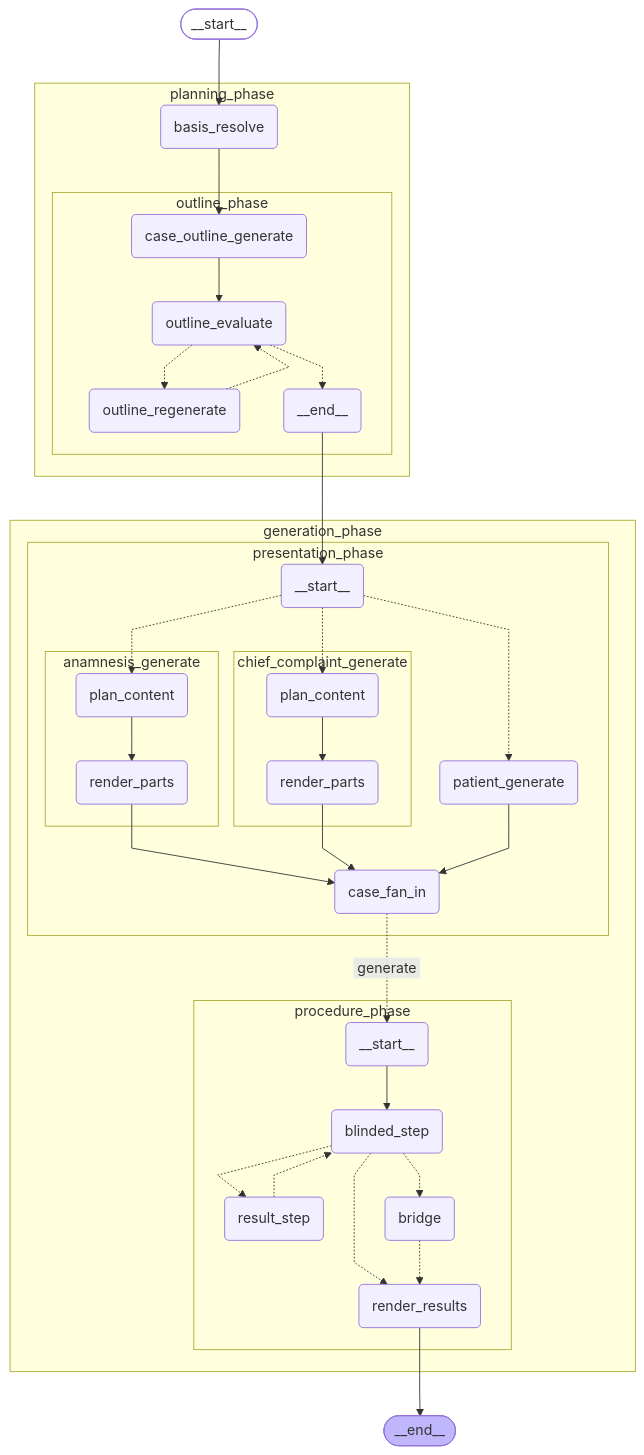
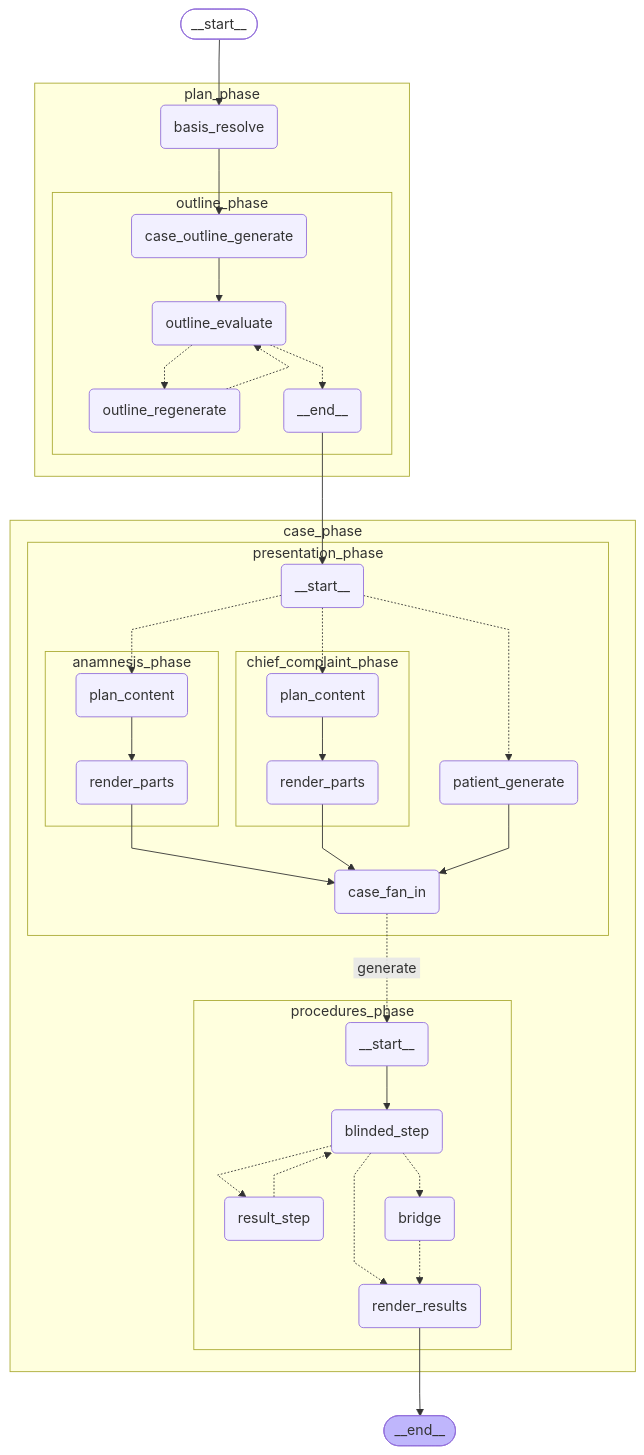
One commit to janthoXO/AetioMed changed the diagram in docs/graphs/normal-mode.none.mmd. Above: the diagram before and after it, drawn with Mermaid. The commit also changed 34 other files, not shown here.

```diff
--- a/docs/graphs/normal-mode.none.mmd
+++ b/docs/graphs/normal-mode.none.mmd
@@ -1,61 +1,61 @@
 %%{init: {'flowchart': {'curve': 'linear'}}}%%
 graph TD;
 	__start__([<p>__start__</p>]):::first
-	planning_phase_basis_resolve(basis_resolve)
-	planning_phase_outline_phase_case_outline_generate(case_outline_generate)
-	planning_phase_outline_phase_outline_evaluate(outline_evaluate)
-	planning_phase_outline_phase_outline_regenerate(outline_regenerate)
-	planning_phase_outline_phase___end__(<p>__end__</p>)
-	generation_phase_presentation_phase___start__(<p>__start__</p>)
-	generation_phase_presentation_phase_patient_generate(patient_generate)
-	generation_phase_presentation_phase_chief_complaint_generate_plan_content(plan_content)
-	generation_phase_presentation_phase_chief_complaint_generate_render_parts(render_parts)
-	generation_phase_presentation_phase_anamnesis_generate_plan_content(plan_content)
-	generation_phase_presentation_phase_anamnesis_generate_render_parts(render_parts)
-	generation_phase_presentation_phase_case_fan_in(case_fan_in)
-	generation_phase_procedure_phase___start__(<p>__start__</p>)
-	generation_phase_procedure_phase_blinded_step(blinded_step)
-	generation_phase_procedure_phase_result_step(result_step)
-	generation_phase_procedure_phase_bridge(bridge)
-	generation_phase_procedure_phase_render_results(render_results)
+	plan_phase_basis_resolve(basis_resolve)
+	plan_phase_outline_phase_case_outline_generate(case_outline_generate)
+	plan_phase_outline_phase_outline_evaluate(outline_evaluate)
+	plan_phase_outline_phase_outline_regenerate(outline_regenerate)
+	plan_phase_outline_phase___end__(<p>__end__</p>)
+	case_phase_presentation_phase___start__(<p>__start__</p>)
+	case_phase_presentation_phase_patient_generate(patient_generate)
+	case_phase_presentation_phase_chief_complaint_phase_plan_content(plan_content)
+	case_phase_presentation_phase_chief_complaint_phase_render_parts(render_parts)
+	case_phase_presentation_phase_anamnesis_phase_plan_content(plan_content)
+	case_phase_presentation_phase_anamnesis_phase_render_parts(render_parts)
+	case_phase_presentation_phase_case_fan_in(case_fan_in)
+	case_phase_procedures_phase___start__(<p>__start__</p>)
+	case_phase_procedures_phase_blinded_step(blinded_step)
+	case_phase_procedures_phase_result_step(result_step)
+	case_phase_procedures_phase_bridge(bridge)
+	case_phase_procedures_phase_render_results(render_results)
 	__end__([<p>__end__</p>]):::last
-	__start__ --> planning_phase_basis_resolve;
-	generation_phase_procedure_phase_render_results --> __end__;
-	planning_phase_outline_phase___end__ --> generation_phase_presentation_phase___start__;
-	subgraph planning_phase
+	__start__ --> plan_phase_basis_resolve;
+	case_phase_procedures_phase_render_results --> __end__;
+	plan_phase_outline_phase___end__ --> case_phase_presentation_phase___start__;
+	subgraph plan_phase
 	subgraph outline_phase
-	planning_phase_outline_phase_case_outline_generate --> planning_phase_outline_phase_outline_evaluate;
-	planning_phase_outline_phase_outline_evaluate -.-> planning_phase_outline_phase_outline_regenerate;
-	planning_phase_outline_phase_outline_evaluate -.-> planning_phase_outline_phase___end__;
-	planning_phase_outline_phase_outline_regenerate -.-> planning_phase_outline_phase_outline_evaluate;
+	plan_phase_outline_phase_case_outline_generate --> plan_phase_outline_phase_outline_evaluate;
+	plan_phase_outline_phase_outline_evaluate -.-> plan_phase_outline_phase_outline_regenerate;
+	plan_phase_outline_phase_outline_evaluate -.-> plan_phase_outline_phase___end__;
+	plan_phase_outline_phase_outline_regenerate -.-> plan_phase_outline_phase_outline_evaluate;
 	end
-	planning_phase_basis_resolve --> planning_phase_outline_phase_case_outline_generate;
+	plan_phase_basis_resolve --> plan_phase_outline_phase_case_outline_generate;
 	end
-	subgraph generation_phase
+	subgraph case_phase
 	subgraph presentation_phase
-	subgraph chief_complaint_generate
-	generation_phase_presentation_phase_chief_complaint_generate_plan_content --> generation_phase_presentation_phase_chief_complaint_generate_render_parts;
+	subgraph chief_complaint_phase
+	case_phase_presentation_phase_chief_complaint_phase_plan_content --> case_phase_presentation_phase_chief_complaint_phase_render_parts;
 	end
-	subgraph anamnesis_generate
-	generation_phase_presentation_phase_anamnesis_generate_plan_content --> generation_phase_presentation_phase_anamnesis_generate_render_parts;
+	subgraph anamnesis_phase
+	case_phase_presentation_phase_anamnesis_phase_plan_content --> case_phase_presentation_phase_anamnesis_phase_render_parts;
 	end
-	generation_phase_presentation_phase_anamnesis_generate_render_parts --> generation_phase_presentation_phase_case_fan_in;
-	generation_phase_presentation_phase_chief_complaint_generate_render_parts --> generation_phase_presentation_phase_case_fan_in;
-	generation_phase_presentation_phase_patient_generate --> generation_phase_presentation_phase_case_fan_in;
-	generation_phase_presentation_phase___start__ -.-> generation_phase_presentation_phase_patient_generate;
-	generation_phase_presentation_phase___start__ -.-> generation_phase_presentation_phase_chief_complaint_generate_plan_content;
-	generation_phase_presentation_phase___start__ -.-> generation_phase_presentation_phase_anamnesis_generate_plan_content;
+	case_phase_presentation_phase_anamnesis_phase_render_parts --> case_phase_presentation_phase_case_fan_in;
+	case_phase_presentation_phase_chief_complaint_phase_render_parts --> case_phase_presentation_phase_case_fan_in;
+	case_phase_presentation_phase_patient_generate --> case_phase_presentation_phase_case_fan_in;
+	case_phase_presentation_phase___start__ -.-> case_phase_presentation_phase_patient_generate;
+	case_phase_presentation_phase___start__ -.-> case_phase_presentation_phase_chief_complaint_phase_plan_content;
+	case_phase_presentation_phase___start__ -.-> case_phase_presentation_phase_anamnesis_phase_plan_content;
 	end
-	subgraph procedure_phase
-	generation_phase_procedure_phase___start__ --> generation_phase_procedure_phase_blinded_step;
-	generation_phase_procedure_phase_blinded_step -.-> generation_phase_procedure_phase_result_step;
-	generation_phase_procedure_phase_blinded_step -.-> generation_phase_procedure_phase_bridge;
-	generation_phase_procedure_phase_blinded_step -.-> generation_phase_procedure_phase_render_results;
-	generation_phase_procedure_phase_result_step -.-> generation_phase_procedure_phase_blinded_step;
-	generation_phase_procedure_phase_bridge -.-> generation_phase_procedure_phase_render_results;
+	subgraph procedures_phase
+	case_phase_procedures_phase___start__ --> case_phase_procedures_phase_blinded_step;
+	case_phase_procedures_phase_blinded_step -.-> case_phase_procedures_phase_result_step;
+	case_phase_procedures_phase_blinded_step -.-> case_phase_procedures_phase_bridge;
+	case_phase_procedures_phase_blinded_step -.-> case_phase_procedures_phase_render_results;
+	case_phase_procedures_phase_result_step -.-> case_phase_procedures_phase_blinded_step;
+	case_phase_procedures_phase_bridge -.-> case_phase_procedures_phase_render_results;
 	end
-	generation_phase_presentation_phase_case_fan_in -. &nbsp;generate&nbsp; .-> generation_phase_procedure_phase___start__;
+	case_phase_presentation_phase_case_fan_in -. &nbsp;generate&nbsp; .-> case_phase_procedures_phase___start__;
 	end
 	classDef default fill:#f2f0ff,line-height:1.2;
 	classDef first fill-opacity:0;
 	classDef last fill:#bfb6fc;
```
